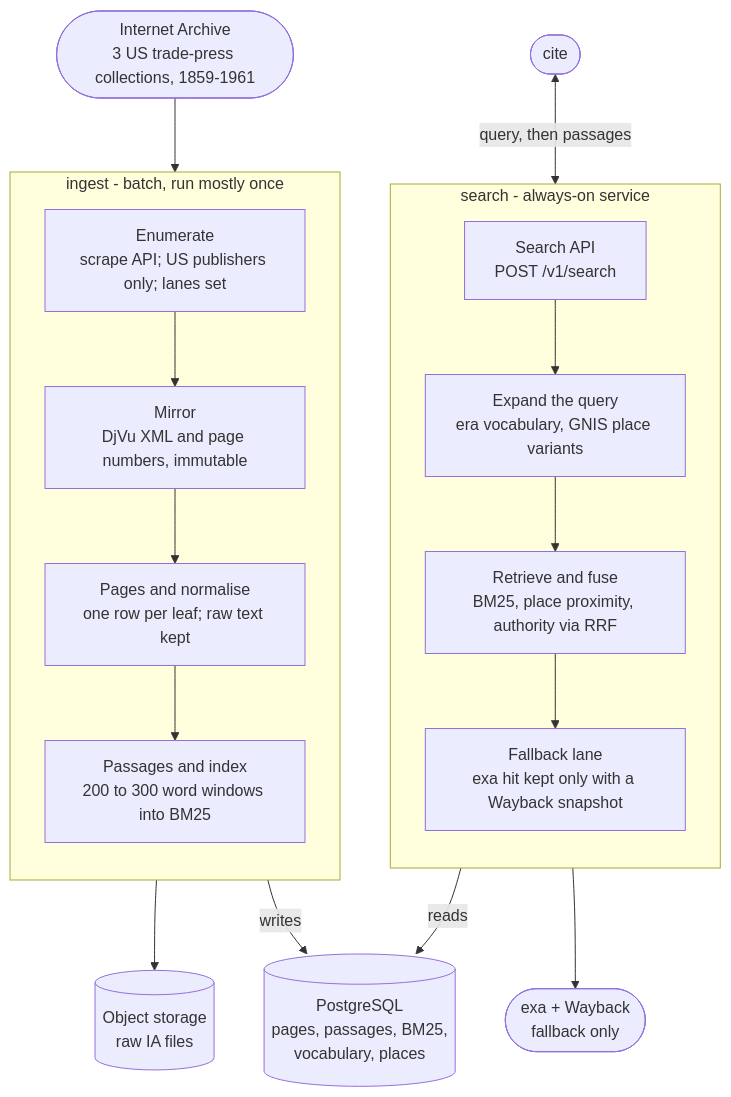
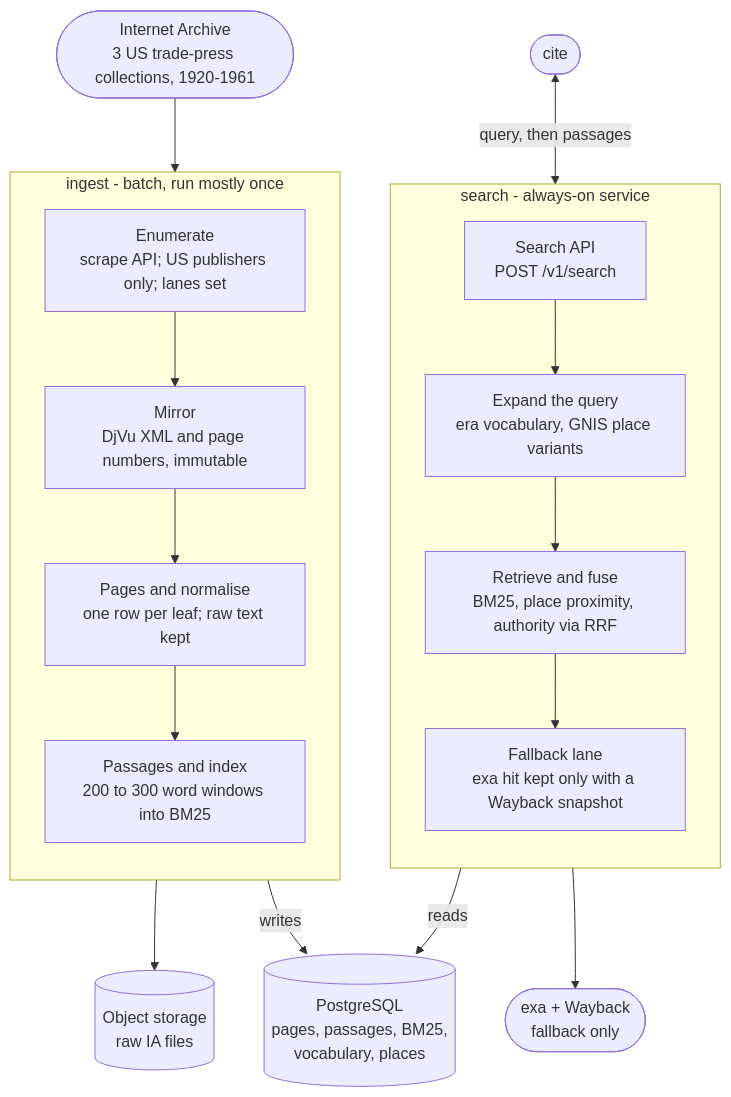
One commit to line-age/corpus changed the first of 2 diagrams in docs/architecture.md. Above: the diagram before and after it, drawn with Mermaid. The commit also changed 10 other files, not shown here.

````diff
--- a/docs/architecture.md
+++ b/docs/architecture.md
@@ -17,34 +17,34 @@
 ```mermaid
 flowchart TB
-    IA([Internet Archive<br/>3 US trade-press collections, 1859-1961])
+    IA([Internet Archive<br/>3 US trade-press collections, 1920-1961])
     CITE([cite])
 
     subgraph ingest[ingest - batch, run mostly once]
         direction TB
         EN[Enumerate<br/>scrape API; US publishers only; lanes set]
         MI[Mirror<br/>DjVu XML and page numbers, immutable]
         PG[Pages and normalise<br/>one row per leaf; raw text kept]
         PS[Passages and index<br/>200 to 300 word windows into BM25]
         EN --> MI --> PG --> PS
     end
 
     subgraph search[search - always-on service]
         direction TB
         API[Search API<br/>POST /v1/search]
         EX[Expand the query<br/>era vocabulary, GNIS place variants]
         RF[Retrieve and fuse<br/>BM25, place proximity, authority via RRF]
         FB[Fallback lane<br/>exa hit kept only with a Wayback snapshot]
         API --> EX --> RF --> FB
     end
 
     OBJ[(Object storage<br/>raw IA files)]
     DB[(PostgreSQL<br/>pages, passages, BM25,<br/>vocabulary, places)]
     EXA([exa + Wayback<br/>fallback only])
 
     IA --> EN
     MI --> OBJ
     PS -->|writes| DB
     CITE <-->|query, then passages| API
     RF -->|reads| DB
     FB --> EXA
 ```
````
